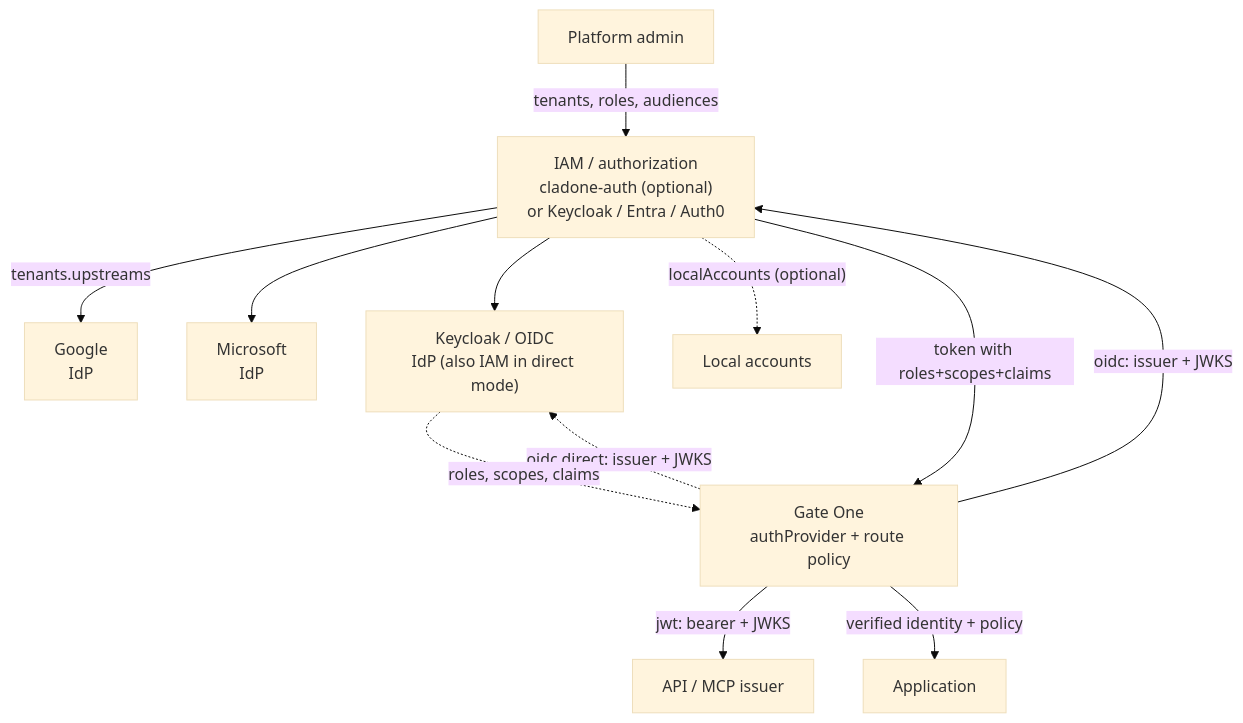
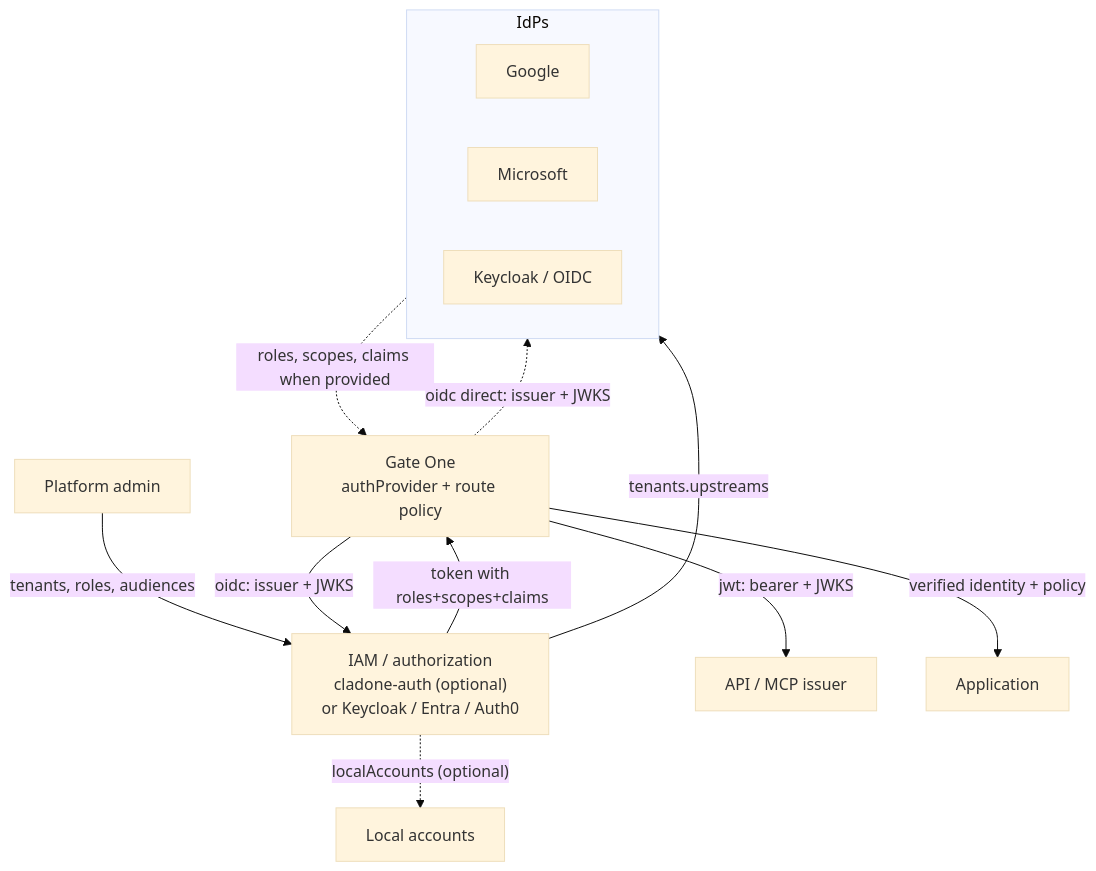
Before and after one commit to clad-one/gate-one-doc: the first of 3 diagrams in content/en/docs/iam-and-providers.md, drawn with Mermaid (base theme).

Commit message:
docs: group the IdPs and clarify the Gate One edges in the provider diagram
Group Google, Microsoft and Keycloak/OIDC under an IdPs subgraph, point
both the broker federation and the direct OIDC edge at the group, drop
the redundant '(also IAM in direct mode)' note, and label the IdP return
edge 'roles, scopes, claims when provided'.

````diff
--- a/content/en/docs/iam-and-providers.md
+++ b/content/en/docs/iam-and-providers.md
@@ -31,14 +31,17 @@
 ```mermaid
 flowchart TB
   ADMIN["Platform admin"] -->|"tenants, roles, audiences"| IAM["IAM / authorization<br/>cladone-auth (optional)<br/>or Keycloak / Entra / Auth0"]
-  IAM -->|"tenants.upstreams"| GOOGLE["Google<br/>IdP"]
-  IAM --> MICROSOFT["Microsoft<br/>IdP"]
-  IAM --> KEYCLOAK["Keycloak / OIDC<br/>IdP (also IAM in direct mode)"]
+  subgraph IDPS["IdPs"]
+    GOOGLE["Google"]
+    MICROSOFT["Microsoft"]
+    KEYCLOAK["Keycloak / OIDC"]
+  end
+  IAM -->|"tenants.upstreams"| IDPS
   IAM -.->|"localAccounts (optional)"| LOCAL["Local accounts"]
   GO["Gate One<br/>authProvider + route policy"] -->|"oidc: issuer + JWKS"| IAM
-  GO -.->|"oidc direct: issuer + JWKS"| KEYCLOAK
+  GO -.->|"oidc direct: issuer + JWKS"| IDPS
   GO -->|"jwt: bearer + JWKS"| API["API / MCP issuer"]
   IAM -->|"token with roles+scopes+claims"| GO
-  KEYCLOAK -.->|"roles, scopes, claims"| GO
+  IDPS -.->|"roles, scopes, claims when provided"| GO
   GO -->|"verified identity + policy"| APP["Application"]
 ```
````
